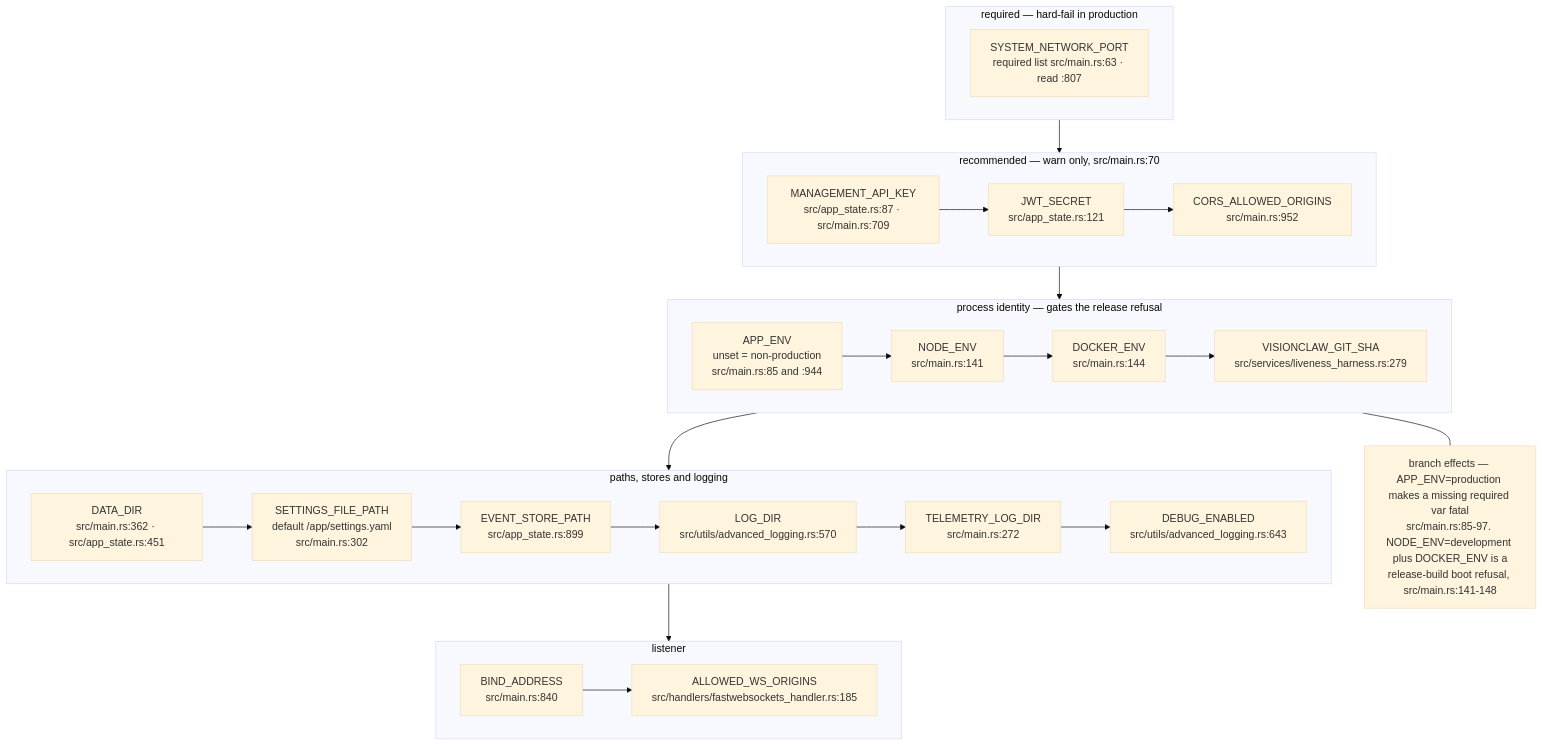
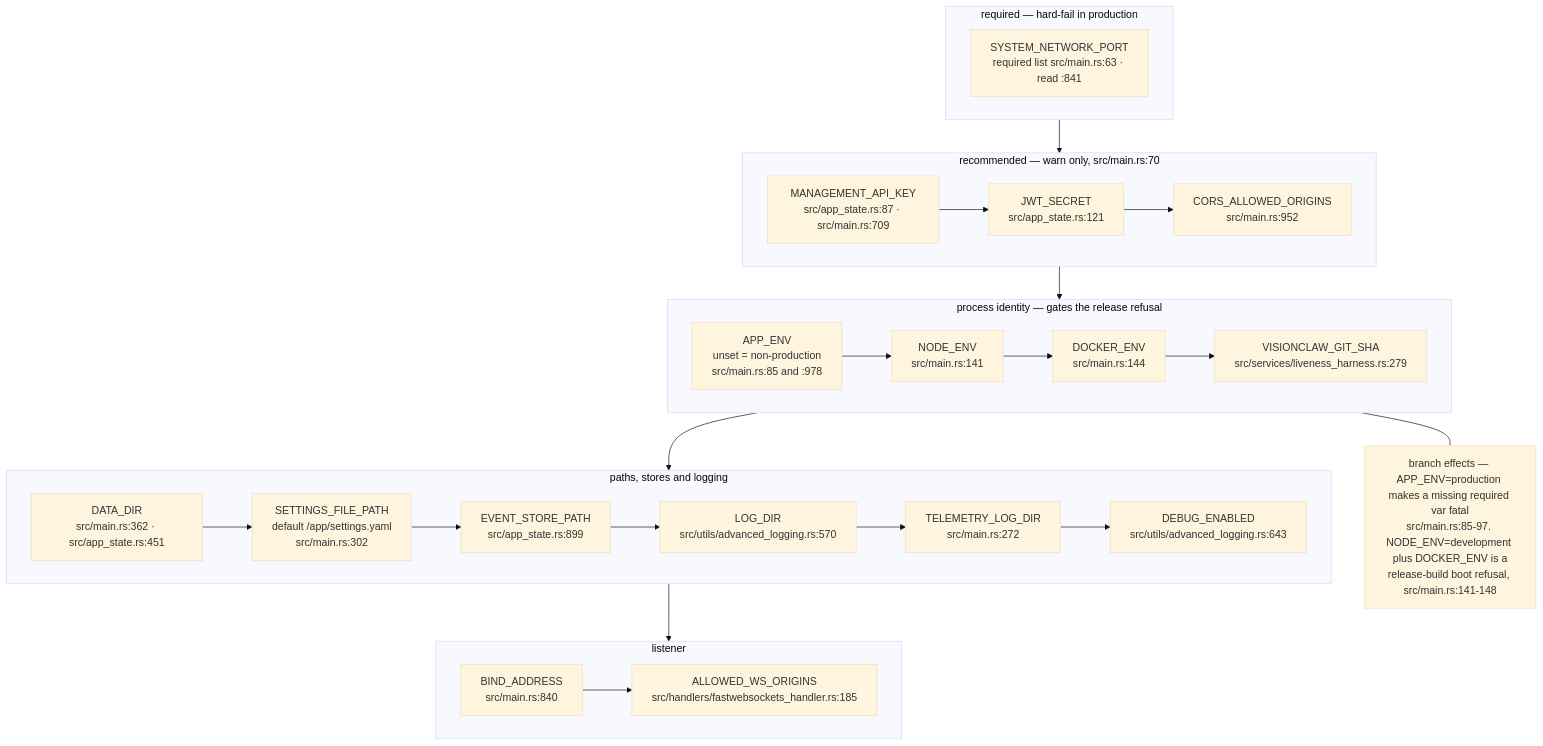
One commit to DreamLab-AI/VisionFlow changed the eighth of 15 diagrams in docs/diagrams/visionclaw/09-config-and-env-flags.md. Above: the diagram before and after it, drawn with Mermaid (base theme). The commit also changed other lines of this file and 94 other files, not shown here.

First line of the commit message:
docs(diagrams): re-verify 130 topics against 2 October HEADs

````diff
--- a/docs/diagrams/visionclaw/09-config-and-env-flags.md
+++ b/docs/diagrams/visionclaw/09-config-and-env-flags.md
@@ -382,21 +382,21 @@
 ```mermaid
 flowchart TB
     subgraph REQ["required — hard-fail in production"]
-        E1["SYSTEM_NETWORK_PORT<br/>required list src/main.rs:63 · read :807"]
+        E1["SYSTEM_NETWORK_PORT<br/>required list src/main.rs:63 · read :841"]
     end
     subgraph RECO["recommended — warn only, src/main.rs:70"]
         E2["MANAGEMENT_API_KEY<br/>src/app_state.rs:87 · src/main.rs:709"] --> E3["JWT_SECRET<br/>src/app_state.rs:121"] --> E4["CORS_ALLOWED_ORIGINS<br/>src/main.rs:952"]
     end
     subgraph IDENT["process identity — gates the release refusal"]
-        E5["APP_ENV<br/>unset = non-production<br/>src/main.rs:85 and :944"] --> E6["NODE_ENV<br/>src/main.rs:141"] --> E7["DOCKER_ENV<br/>src/main.rs:144"] --> E8["VISIONCLAW_GIT_SHA<br/>src/services/liveness_harness.rs:279"]
+        E5["APP_ENV<br/>unset = non-production<br/>src/main.rs:85 and :978"] --> E6["NODE_ENV<br/>src/main.rs:141"] --> E7["DOCKER_ENV<br/>src/main.rs:144"] --> E8["VISIONCLAW_GIT_SHA<br/>src/services/liveness_harness.rs:279"]
     end
     subgraph PATHS["paths, stores and logging"]
         E9["DATA_DIR<br/>src/main.rs:362 · src/app_state.rs:451"] --> E10["SETTINGS_FILE_PATH<br/>default /app/settings.yaml<br/>src/main.rs:302"] --> E11["EVENT_STORE_PATH<br/>src/app_state.rs:899"] --> E12["LOG_DIR<br/>src/utils/advanced_logging.rs:570"] --> E13["TELEMETRY_LOG_DIR<br/>src/main.rs:272"] --> E14["DEBUG_ENABLED<br/>src/utils/advanced_logging.rs:643"]
     end
     subgraph BIND["listener"]
         E15["BIND_ADDRESS<br/>src/main.rs:840"] --> E16["ALLOWED_WS_ORIGINS<br/>src/handlers/fastwebsockets_handler.rs:185"]
     end
     REQ --> RECO --> IDENT --> PATHS --> BIND
     N["branch effects — APP_ENV=production makes a missing required var fatal<br/>src/main.rs:85-97. NODE_ENV=development plus DOCKER_ENV is a<br/>release-build boot refusal, src/main.rs:141-148"]
     IDENT --- N
 ```
````
